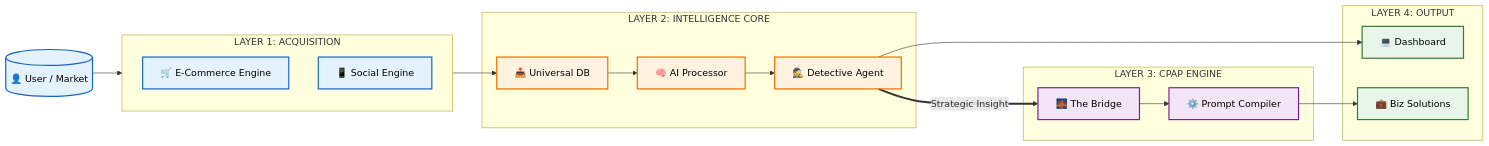
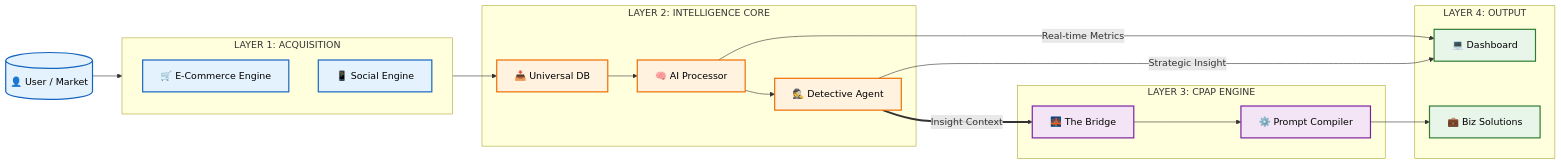
One commit to Daniel-LeTC/AI_market_intel_platform changed the first of 5 diagrams in docs/ECOSYSTEM_NODES_MAP.md. Above: the diagram before and after it, drawn with Mermaid. The commit also changed other lines of this file, not shown here.

````diff
--- a/docs/ECOSYSTEM_NODES_MAP.md
+++ b/docs/ECOSYSTEM_NODES_MAP.md
@@ -15,40 +15,44 @@
 ```mermaid
 graph LR
     %% STYLES
     classDef blue fill:#e3f2fd,stroke:#1565c0,stroke-width:2px,color:#000;
     classDef orange fill:#fff3e0,stroke:#ef6c00,stroke-width:2px,color:#000;
     classDef purple fill:#f3e5f5,stroke:#7b1fa2,stroke-width:2px,color:#000;
     classDef green fill:#e8f5e9,stroke:#2e7d32,stroke-width:2px,color:#000;
 
     User[("👤 User / Market")]:::blue
     
     subgraph ACQ ["LAYER 1: ACQUISITION"]
         Ecom["🛒 E-Commerce Engine"]:::blue
         Social["📱 Social Engine"]:::blue
     end
     
     subgraph INTEL ["LAYER 2: INTELLIGENCE CORE"]
         DB["📥 Universal DB"]:::orange
         Processor["🧠 AI Processor"]:::orange
         Detective["🕵️ Detective Agent"]:::orange
     end
     
     subgraph CREATIVE ["LAYER 3: CPAP ENGINE"]
         Bridge["🌉 The Bridge"]:::purple
         Compiler["⚙️ Prompt Compiler"]:::purple
     end
     
     subgraph OUT ["LAYER 4: OUTPUT"]
         Dash["💻 Dashboard"]:::green
         Sol["💼 Biz Solutions"]:::green
     end
 
     User --> ACQ
     ACQ --> DB
     DB --> Processor
     Processor --> Detective
-    Detective --> Dash
-    Detective ==>|Strategic Insight| Bridge
+    
+    %% Dual Output Path
+    Processor -->|Real-time Metrics| Dash
+    Detective -->|Strategic Insight| Dash
+    
+    Detective ==>|Insight Context| Bridge
     Bridge --> Compiler
     Compiler --> Sol
 ```
````
